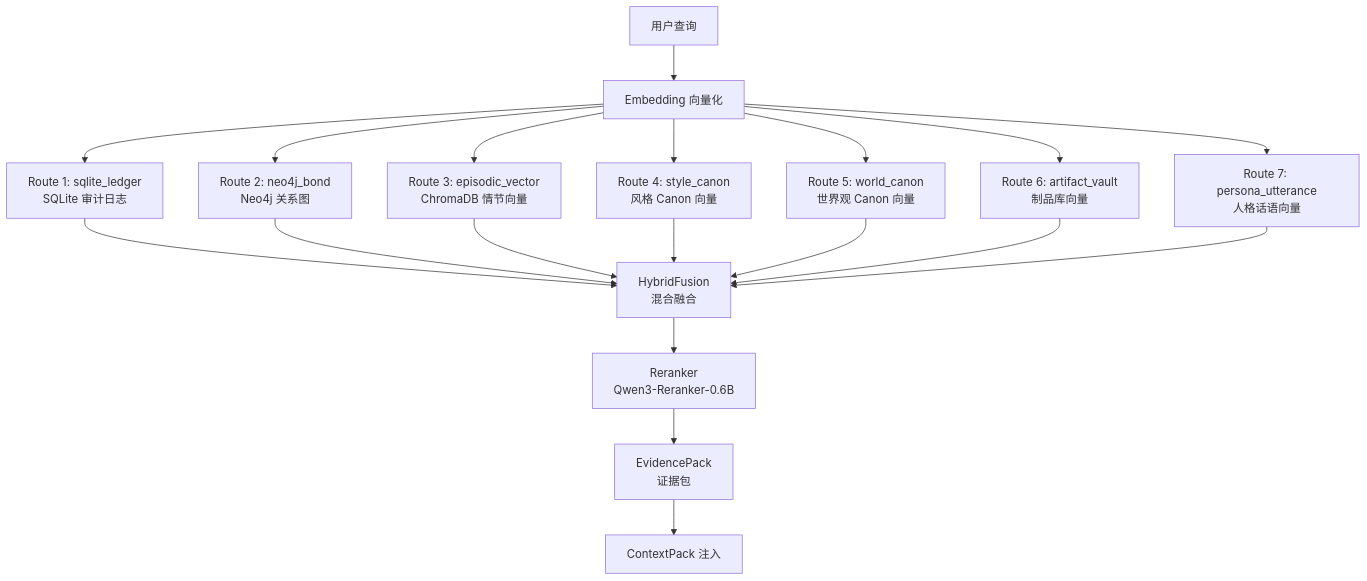
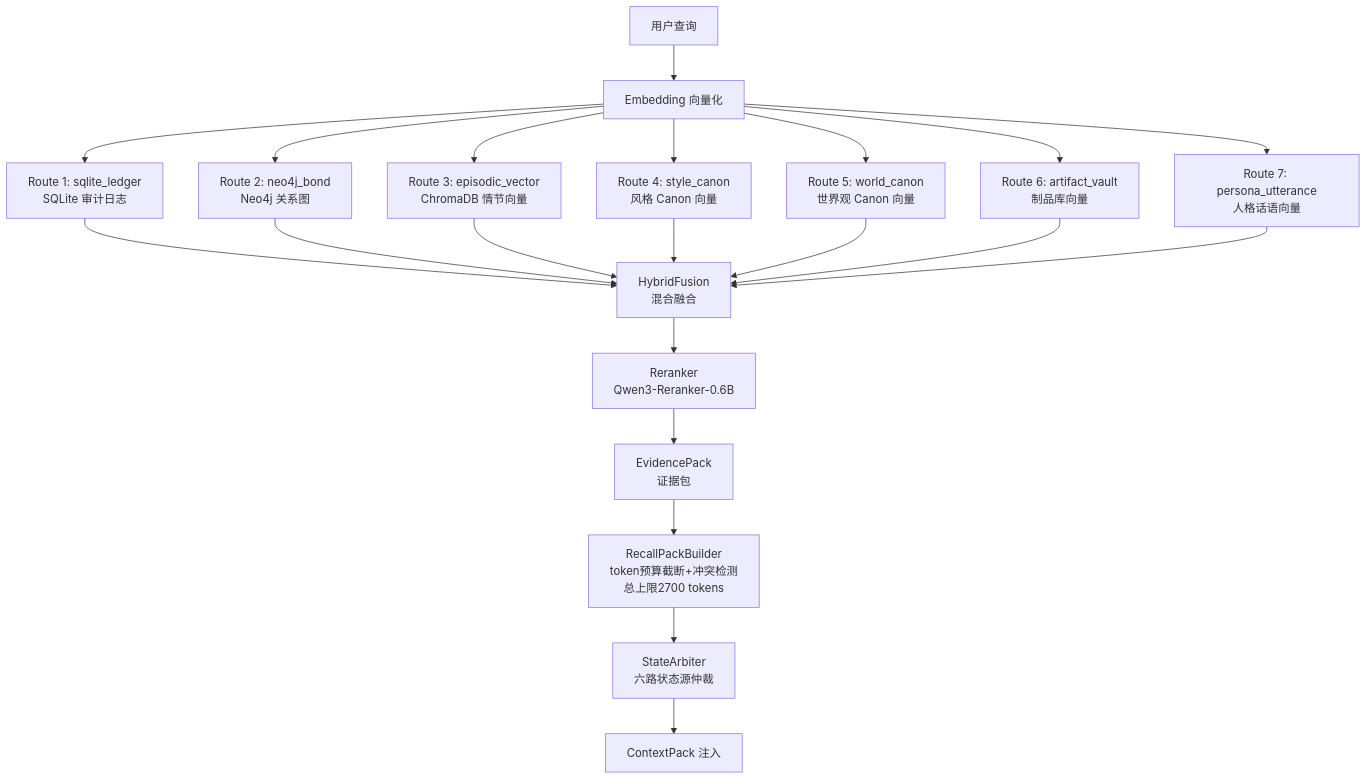
Before and after one commit to SakuraYoruno/Natsume_Ai: the fifth of 14 diagrams in docs/15_theory/architecture_overview_20260310.md, drawn with Mermaid. The commit also changed other lines of this file and 1 other file, not shown here.

First line of the commit message:
docs: 同步代码重构后的数据流图文档更新

````diff
--- a/docs/15_theory/architecture_overview_20260310.md
+++ b/docs/15_theory/architecture_overview_20260310.md
@@ -304,15 +308,17 @@
 ```mermaid
 graph TD
     Q[用户查询] --> EMB[Embedding 向量化]
     EMB --> R1[Route 1: sqlite_ledger<br/>SQLite 审计日志]
     EMB --> R2[Route 2: neo4j_bond<br/>Neo4j 关系图]
     EMB --> R3[Route 3: episodic_vector<br/>ChromaDB 情节向量]
     EMB --> R4[Route 4: style_canon<br/>风格 Canon 向量]
     EMB --> R5[Route 5: world_canon<br/>世界观 Canon 向量]
     EMB --> R6[Route 6: artifact_vault<br/>制品库向量]
     EMB --> R7[Route 7: persona_utterance<br/>人格话语向量]
     R1 & R2 & R3 & R4 & R5 & R6 & R7 --> HF[HybridFusion<br/>混合融合]
     HF --> RR[Reranker<br/>Qwen3-Reranker-0.6B]
     RR --> EP[EvidencePack<br/>证据包]
-    EP --> CTX[ContextPack 注入]
+    EP --> RPB[RecallPackBuilder<br/>token预算截断+冲突检测<br/>总上限2700 tokens]
+    RPB --> ARB[StateArbiter<br/>六路状态源仲裁]
+    ARB --> CTX[ContextPack 注入]
 ```
````
